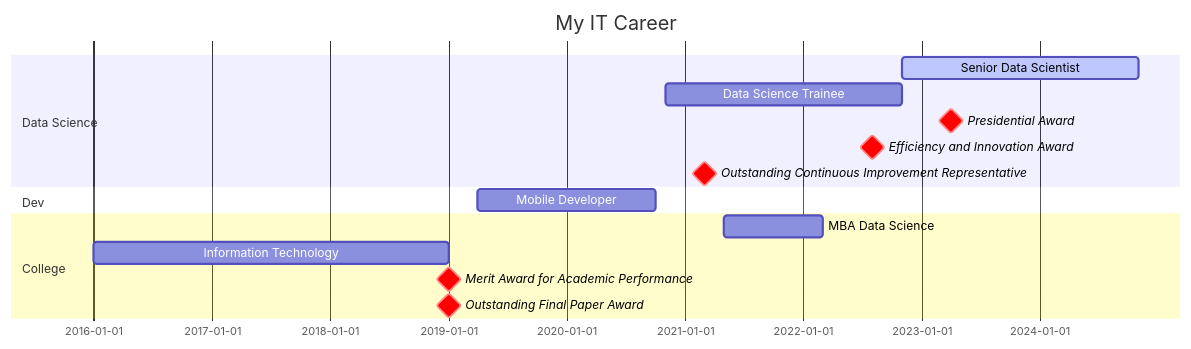
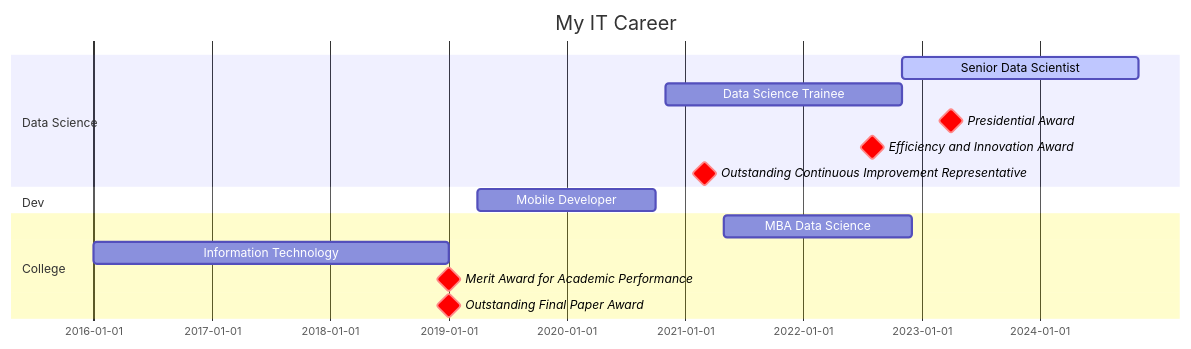
Before and after one commit to josehenriqueroveda/josehenriqueroveda: the diagram in README.md, drawn with Mermaid.

````diff
--- a/README.md
+++ b/README.md
@@ -40,21 +40,21 @@
 ```mermaid
 gantt
        dateFormat  MM-YYYY
        title My IT Career
 
        section Data Science
        Senior Data Scientist               :active,  des1, after des2, 2y
        Data Science Trainee    :  des2, 11-2020, 11-2022
        Presidential Award   :milestone, crit, 04-2023, 1d
        Efficiency and Innovation Award   :milestone, crit, 08-2022, 1d
        Outstanding Continuous Improvement Representative   :milestone, crit, 03-2021, 1d
 
        section Dev
        Mobile Developer    :  des3, 04-2019, 10-2020
 
        section College
-       MBA Data Science   : des5, 05-2021, 03-2022
+       MBA Data Science   : des5, 05-2021, 12-2022
        Information Technology : des6, 01-2016, 01-2019
        Merit Award for Academic Performance   :milestone, crit, 01-2019, 1d
        Outstanding Final Paper Award   :milestone, crit, 01-2019, 1d
 ```
````
